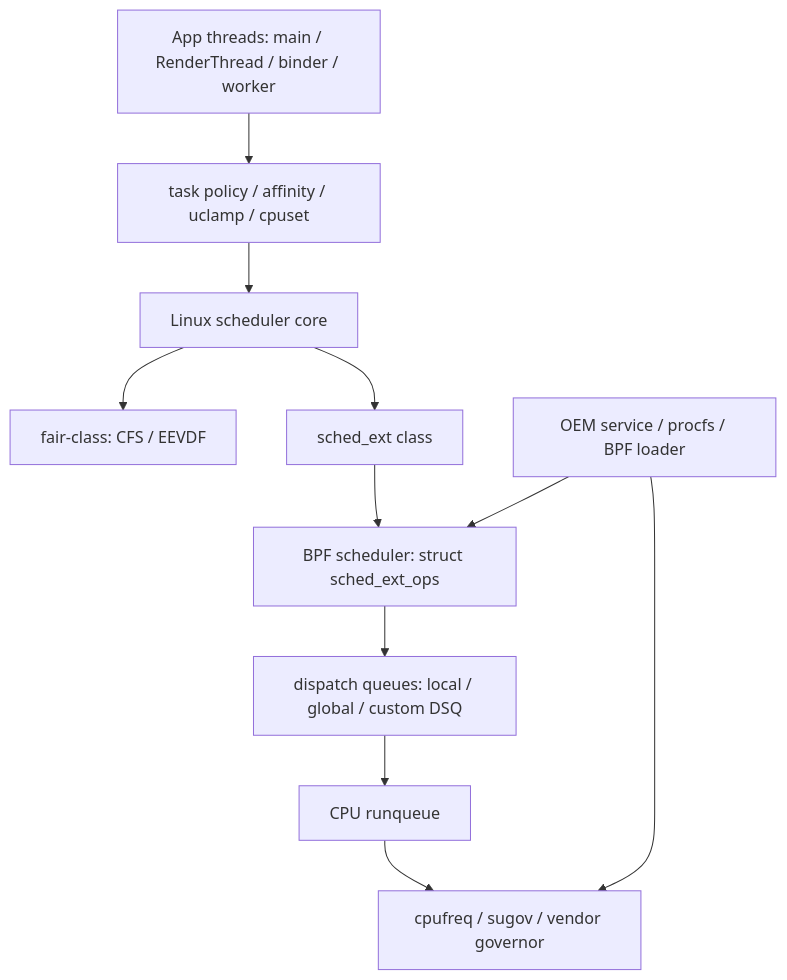
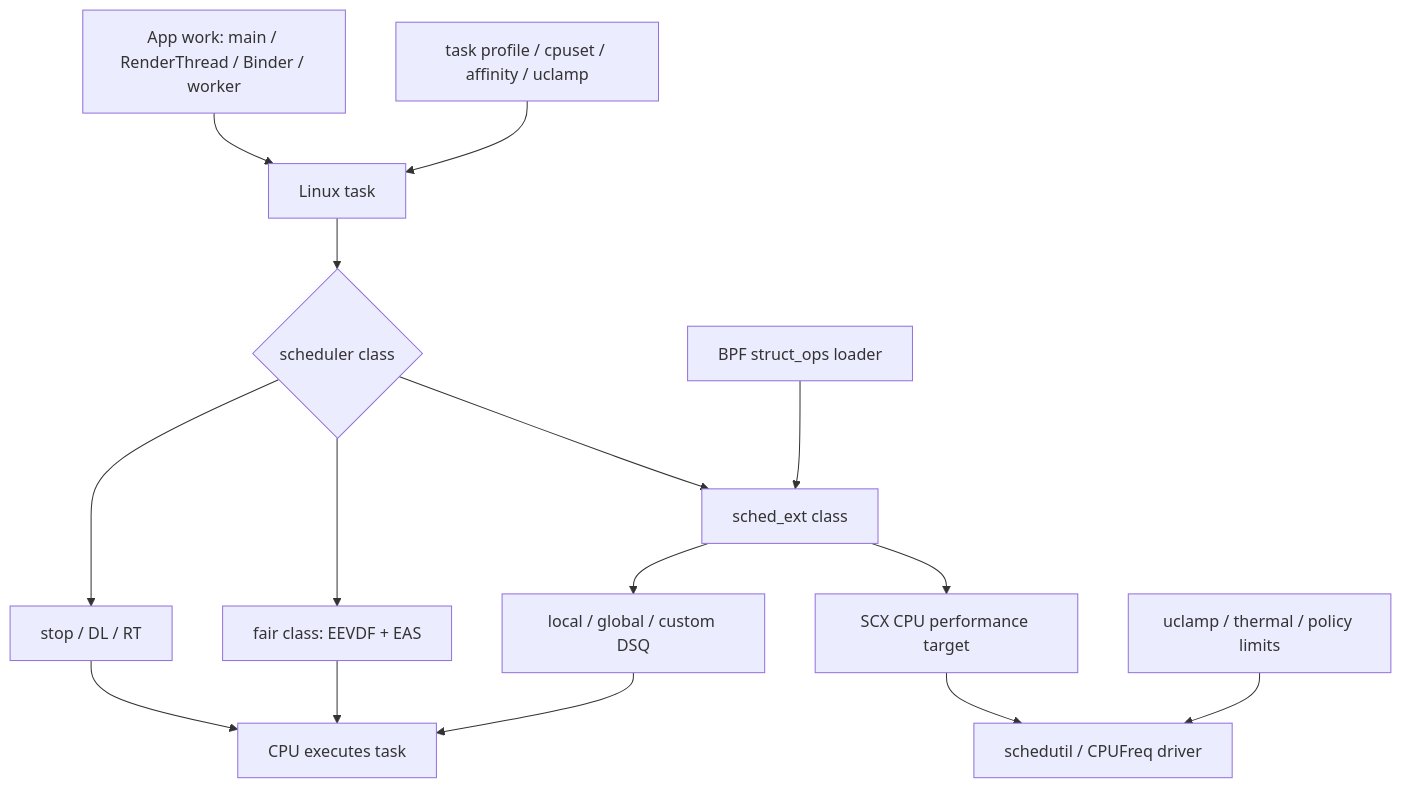
Before and after one commit to Gracker/android-internals-wiki: the first of 2 diagrams in src/part4-system/ch17-oem/04-sched-ext-oem-bpf-scheduler.md, drawn with Mermaid. The commit also changed other lines of this file, not shown here.

Commit message:
docs: rebuild Android 17 sched_ext OEM analysis

````diff
--- a/src/part4-system/ch17-oem/04-sched-ext-oem-bpf-scheduler.md
+++ b/src/part4-system/ch17-oem/04-sched-ext-oem-bpf-scheduler.md
@@ -145,13 +151,17 @@
 ```mermaid
 flowchart TD
-    App[App threads: main / RenderThread / binder / worker] --> Attr[task policy / affinity / uclamp / cpuset]
-    Attr --> Core[Linux scheduler core]
-    Core --> Fair[fair-class: CFS / EEVDF]
-    Core --> SCX[sched_ext class]
-    SCX --> Ops[BPF scheduler: struct sched_ext_ops]
-    Ops --> DSQ[dispatch queues: local / global / custom DSQ]
-    DSQ --> CPU[CPU runqueue]
-    CPU --> Freq[cpufreq / sugov / vendor governor]
-    Vendor[OEM service / procfs / BPF loader] --> Ops
-    Vendor --> Freq
+    Work["App work: main / RenderThread / Binder / worker"] --> Thread["Linux task"]
+    Profile["task profile / cpuset / affinity / uclamp"] --> Thread
+    Thread --> Class{"scheduler class"}
+    Class --> RT["stop / DL / RT"]
+    Class --> Fair["fair class: EEVDF + EAS"]
+    Class --> SCX["sched_ext class"]
+    Loader["BPF struct_ops loader"] --> SCX
+    SCX --> DSQ["local / global / custom DSQ"]
+    Fair --> Run["CPU executes task"]
+    DSQ --> Run
+    RT --> Run
+    SCX --> Target["SCX CPU performance target"]
+    Target --> Gov["schedutil / CPUFreq driver"]
+    Clamp["uclamp / thermal / policy limits"] --> Gov
 ```
````
